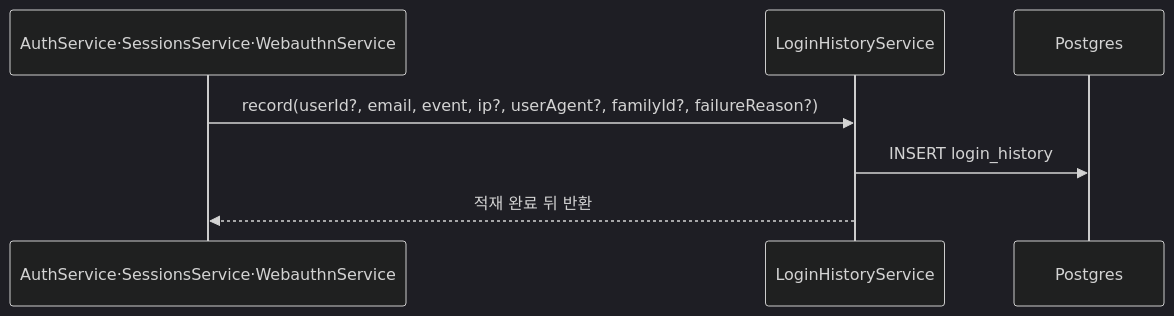
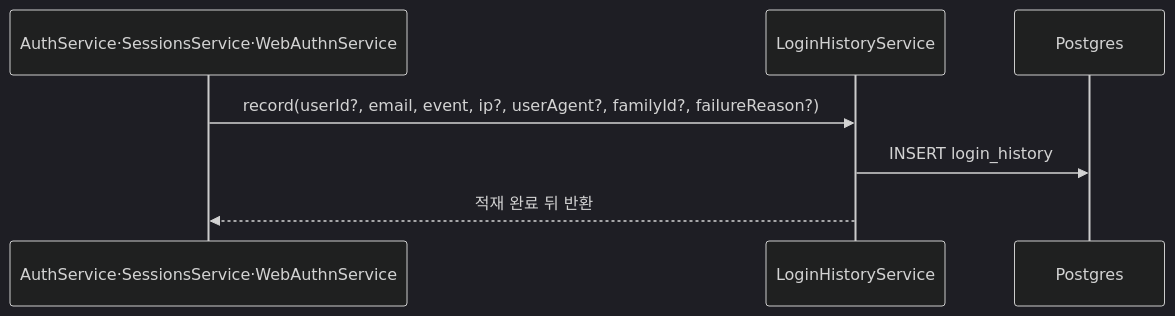
Before and after one commit to worker-ants/clemvion: the second of 2 diagrams in spec/CLE-OBS/CLE-OBS-AUDIT.md, drawn with Mermaid (dark theme). The commit also changed other lines of this file and 7 other files, not shown here.

````diff
--- a/spec/CLE-OBS/CLE-OBS-AUDIT.md
+++ b/spec/CLE-OBS/CLE-OBS-AUDIT.md
@@ -210,9 +210,9 @@
 ```mermaid
 sequenceDiagram
-  participant Auth as AuthService·SessionsService·WebauthnService
+  participant Auth as AuthService·SessionsService·WebAuthnService
   participant LHS as LoginHistoryService
   participant PG as Postgres
   Auth->>LHS: record(userId?, email, event, ip?, userAgent?, familyId?, failureReason?)
   LHS->>PG: INSERT login_history
   LHS-->>Auth: 적재 완료 뒤 반환
 ```
````
